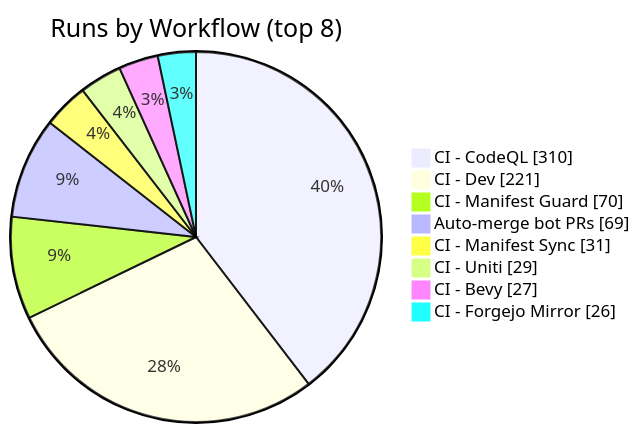
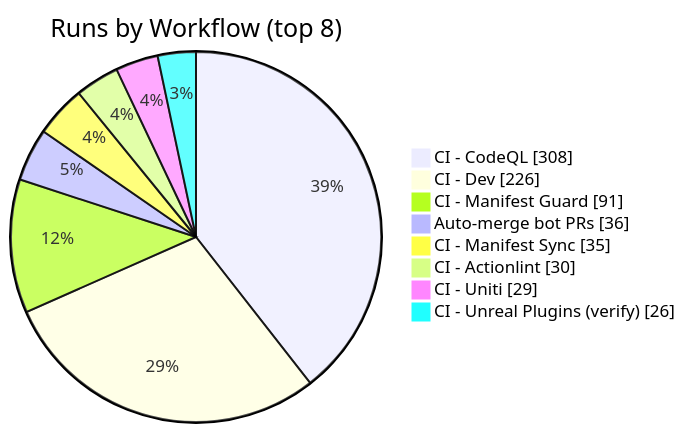
Before and after one commit to KBVE/kbve: the second of 2 diagrams in apps/kbve/astro-kbve/src/content/docs/dashboard/ci-health.mdx, drawn with Mermaid. The commit also changed other lines of this file and 1 other file, not shown here.

````diff
--- a/apps/kbve/astro-kbve/src/content/docs/dashboard/ci-health.mdx
+++ b/apps/kbve/astro-kbve/src/content/docs/dashboard/ci-health.mdx
@@ -201,12 +200,12 @@
 ```mermaid
 pie showData
     title Runs by Workflow (top 8)
-    "CI - CodeQL" : 310
-    "CI - Dev" : 221
-    "CI - Manifest Guard" : 70
-    "Auto-merge bot PRs" : 69
-    "CI - Manifest Sync" : 31
+    "CI - CodeQL" : 308
+    "CI - Dev" : 226
+    "CI - Manifest Guard" : 91
+    "Auto-merge bot PRs" : 36
+    "CI - Manifest Sync" : 35
+    "CI - Actionlint" : 30
     "CI - Uniti" : 29
-    "CI - Bevy" : 27
-    "CI - Forgejo Mirror" : 26
+    "CI - Unreal Plugins (verify)" : 26
 ```
````
